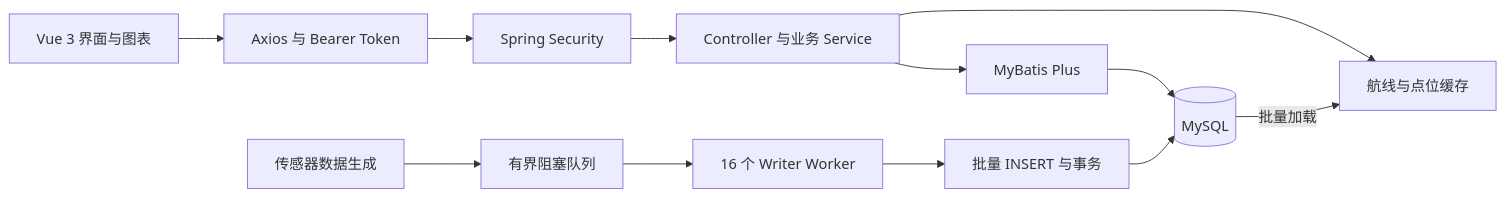
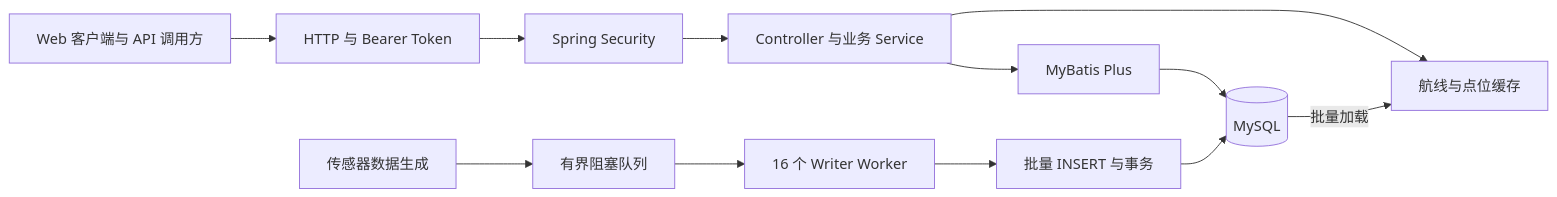
Before and after one commit to ExistofYan/NAUTIX: the diagram in README.md, drawn with Mermaid. The commit also changed other lines of this file, not shown here.

````diff
--- a/README.md
+++ b/README.md
@@ -52,15 +49,15 @@
 ```mermaid
 flowchart LR
-    UI[Vue 3 界面与图表] --> HTTP[Axios 与 Bearer Token]
+    UI[Web 客户端与 API 调用方] --> HTTP[HTTP 与 Bearer Token]
     HTTP --> SEC[Spring Security]
     SEC --> API[Controller 与业务 Service]
     API --> MP[MyBatis Plus]
     MP --> DB[(MySQL)]
     API --> CACHE[航线与点位缓存]
     DB -->|批量加载| CACHE
 
     GEN[传感器数据生成] --> Q[有界阻塞队列]
     Q --> W[16 个 Writer Worker]
     W --> B[批量 INSERT 与事务]
     B --> DB
 ```
````
